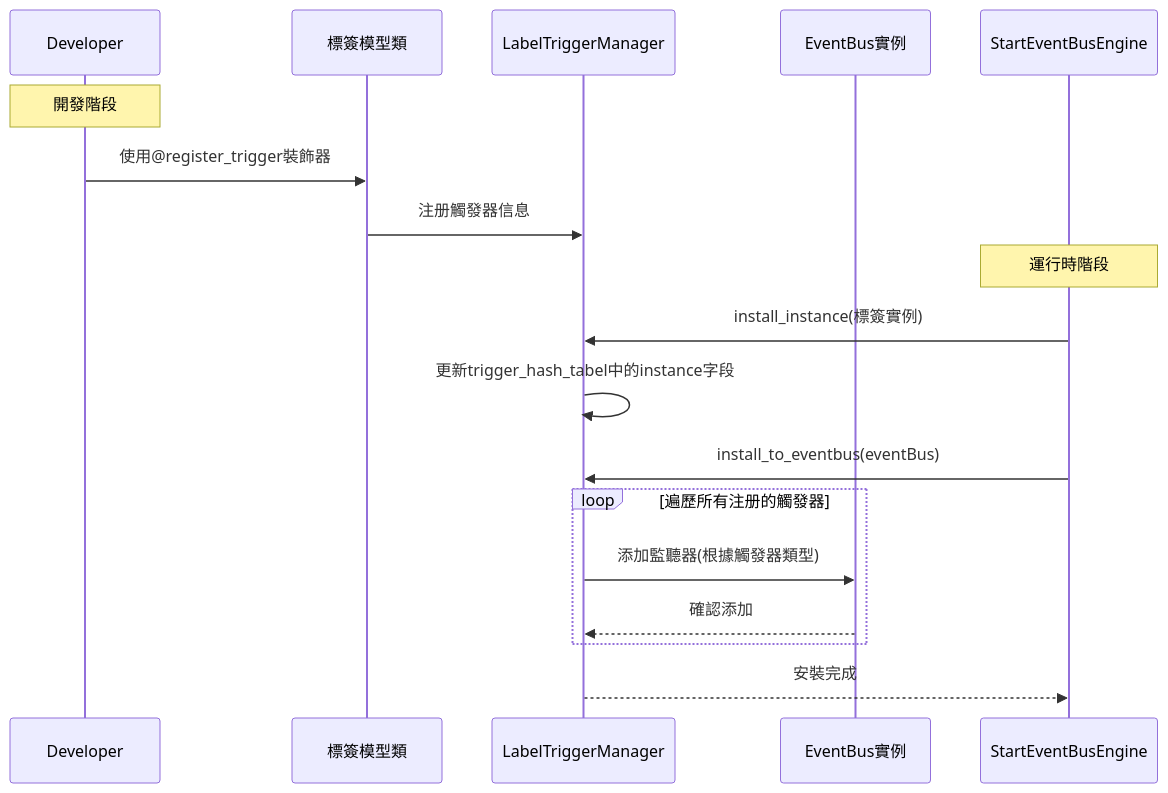
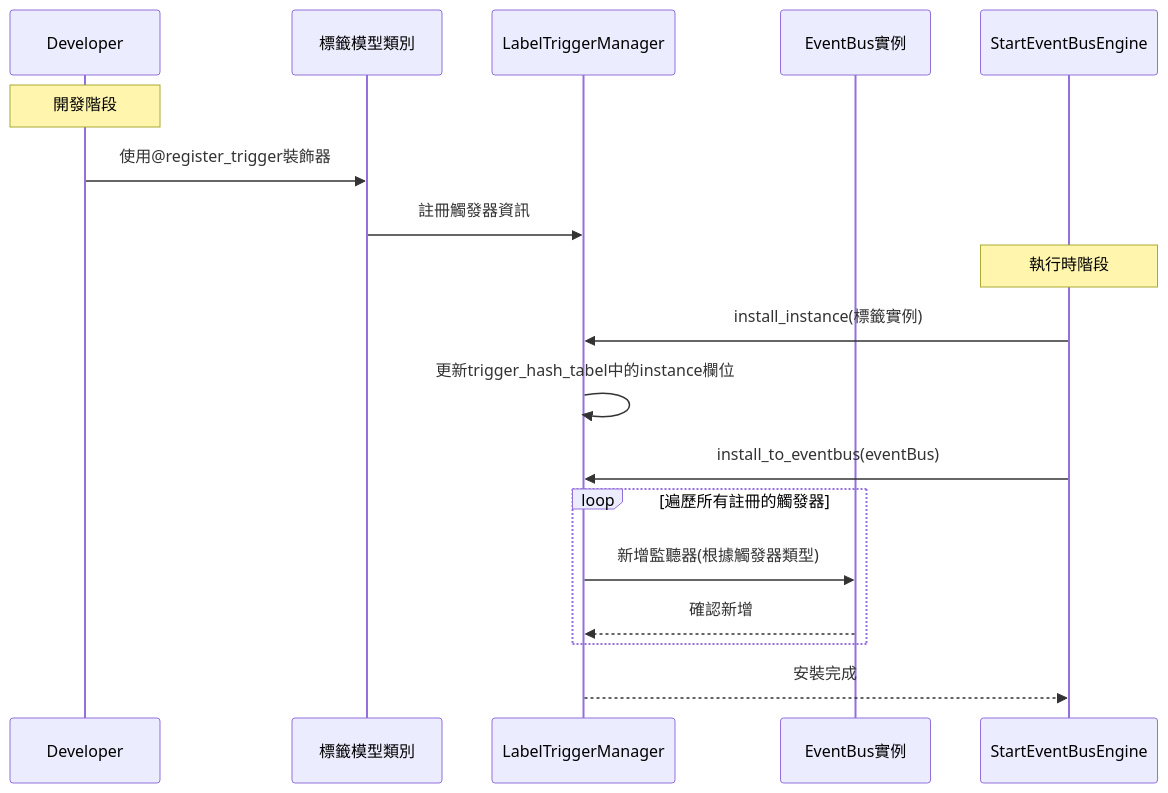
Before and after one commit to lizzary/Quantitative-Strategy-Management-and-Monitoring-System-Platform: diagram 23 of 48 in readme.md, drawn with Mermaid. The commit also changed other lines of this file, not shown here.

````diff
--- a/readme.md
+++ b/readme.md
@@ -1628,25 +1660,25 @@
 ```mermaid
 sequenceDiagram
     participant Developer
-    participant LabelModel as 標簽模型類
+    participant LabelModel as 標籤模型類別
     participant TriggerManager as LabelTriggerManager
     participant EventBusInst as EventBus實例
     participant APIView as StartEventBusEngine
     
     Note over Developer: 開發階段
     Developer->>LabelModel: 使用@register_trigger裝飾器
-    LabelModel->>TriggerManager: 注册觸發器信息
+    LabelModel->>TriggerManager: 註冊觸發器資訊
     
-    Note over APIView: 運行時階段
-    APIView->>TriggerManager: install_instance(標簽實例)
-    TriggerManager->>TriggerManager: 更新trigger_hash_tabel中的instance字段
+    Note over APIView: 執行時階段
+    APIView->>TriggerManager: install_instance(標籤實例)
+    TriggerManager->>TriggerManager: 更新trigger_hash_tabel中的instance欄位
     
     APIView->>TriggerManager: install_to_eventbus(eventBus)
     
-    loop 遍歷所有注册的觸發器
-        TriggerManager->>EventBusInst: 添加監聽器(根據觸發器類型)
-        EventBusInst-->>TriggerManager: 確認添加
+    loop 遍歷所有註冊的觸發器
+        TriggerManager->>EventBusInst: 新增監聽器(根據觸發器類型)
+        EventBusInst-->>TriggerManager: 確認新增
     end
     
     TriggerManager-->>APIView: 安裝完成
 ```
````
